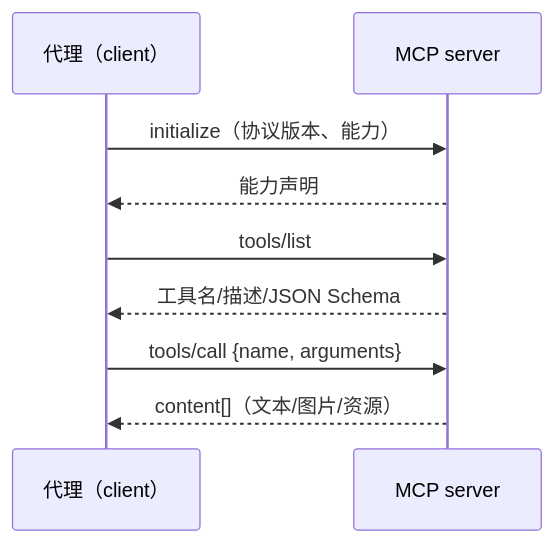
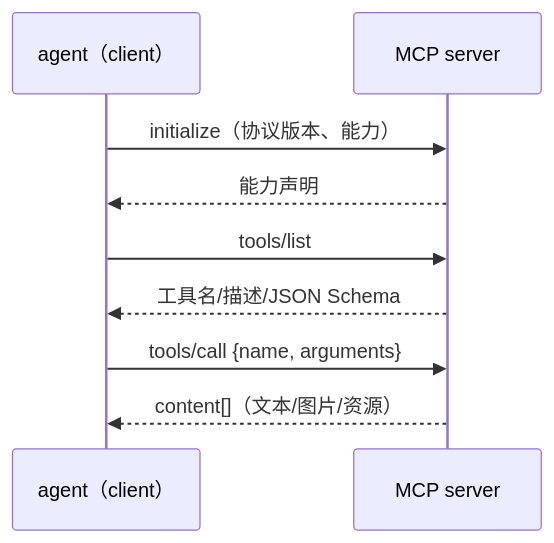
One commit to fxjs/ai-coding-agents-book changed the second of 2 diagrams in book/09-mcp-hooks-plugins.md. Above: the diagram before and after it, drawn with Mermaid. The commit also changed other lines of this file and 29 other files, not shown here.

````diff
--- a/book/09-mcp-hooks-plugins.md
+++ b/book/09-mcp-hooks-plugins.md
@@ -34,11 +34,11 @@
 ```mermaid
 sequenceDiagram
-    participant A as 代理（client）
+    participant A as agent（client）
     participant S as MCP server
     A->>S: initialize（协议版本、能力）
     S-->>A: 能力声明
     A->>S: tools/list
     S-->>A: 工具名/描述/JSON Schema
     A->>S: tools/call {name, arguments}
     S-->>A: content[]（文本/图片/资源）
 ```
````
